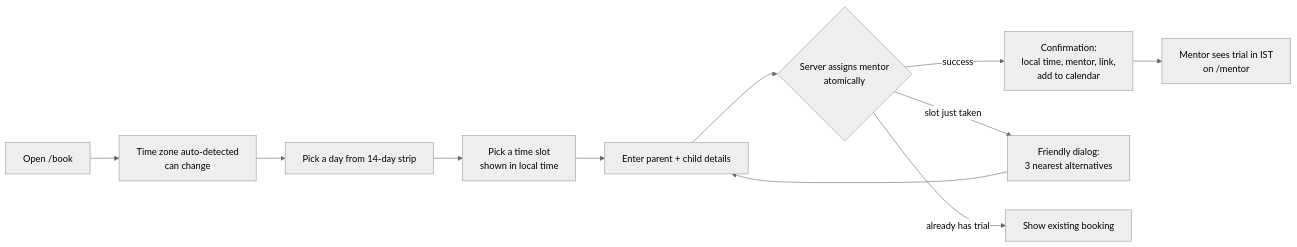
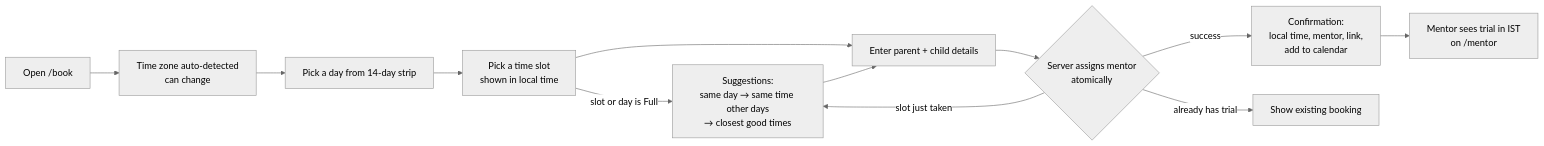
The diagram in docs/PRD.md (amit429/trial-session-booking), drawn with Mermaid (neutral theme) before and after one commit. The commit also changed other lines of this file and 1 other file, not shown here.

````diff
--- a/docs/PRD.md
+++ b/docs/PRD.md
@@ -40,13 +40,14 @@
 ```mermaid
 flowchart LR
   A[Open /book] --> B[Time zone auto-detected<br/>can change]
   B --> C[Pick a day from 14-day strip]
   C --> D[Pick a time slot<br/>shown in local time]
+  D -- slot or day is Full --> H
   D --> E[Enter parent + child details]
   E --> F{Server assigns mentor<br/>atomically}
   F -- success --> G[Confirmation:<br/>local time, mentor, link,<br/>add to calendar]
-  F -- slot just taken --> H[Friendly dialog:<br/>3 nearest alternatives]
+  F -- slot just taken --> H[Suggestions:<br/>same day → same time other days<br/>→ closest good times]
   H --> E
   F -- already has trial --> I[Show existing booking]
   G --> J[Mentor sees trial in IST<br/>on /mentor]
 ```
````
